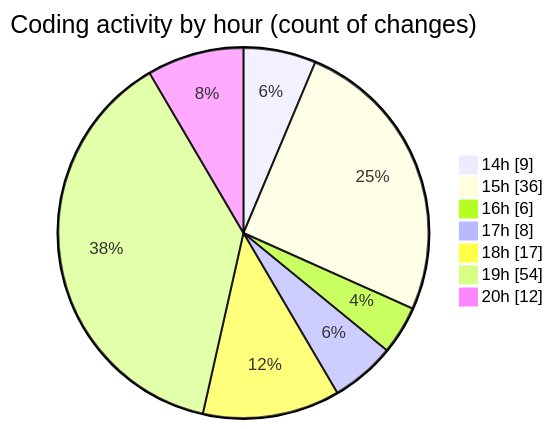
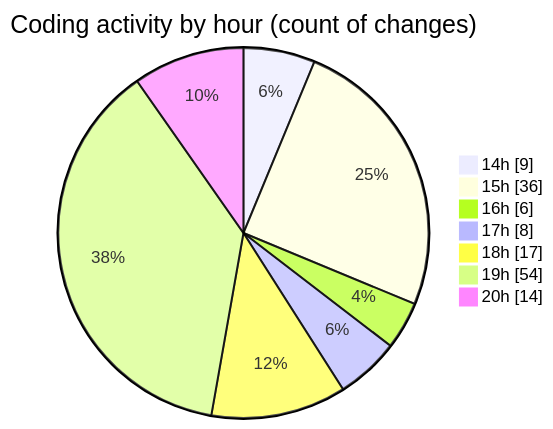
One commit to Ritupan-Deka/code-tracking changed the second of 2 diagrams in 2025-06-17/projects/README.md. Above: the diagram before and after it, drawn with Mermaid. The commit also changed other lines of this file and 1 other file, not shown here.

````diff
--- a/2025-06-17/projects/README.md
+++ b/2025-06-17/projects/README.md
@@ -29,11 +29,11 @@
 ```mermaid
 pie showData
 title Coding activity by hour (count of changes)
 "14h" : 9
 "15h" : 36
 "16h" : 6
 "17h" : 8
 "18h" : 17
 "19h" : 54
-"20h" : 12
+"20h" : 14
 ```
````
